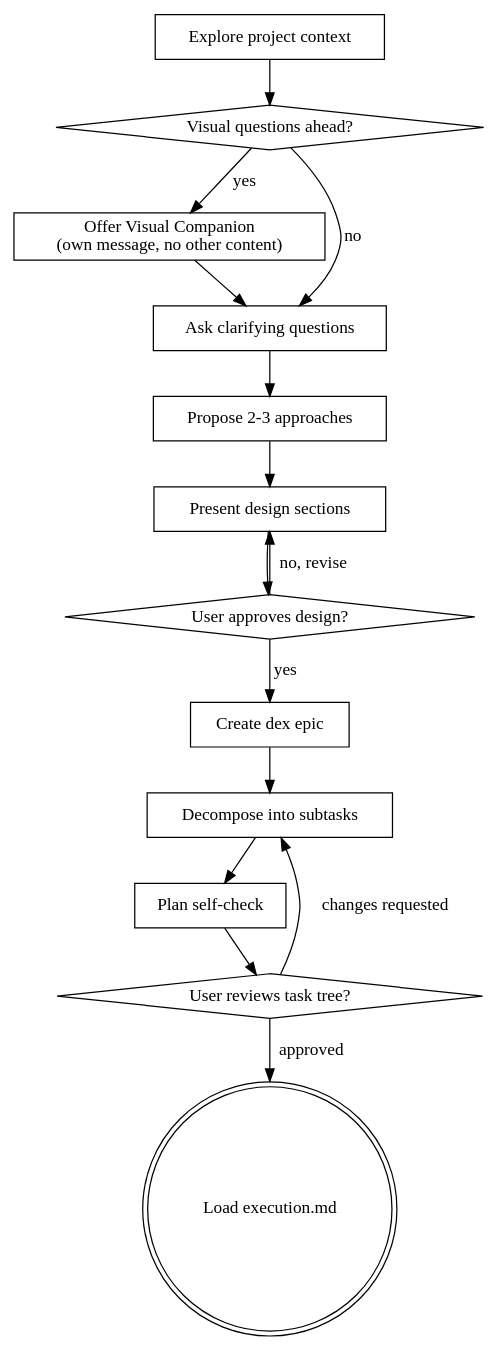
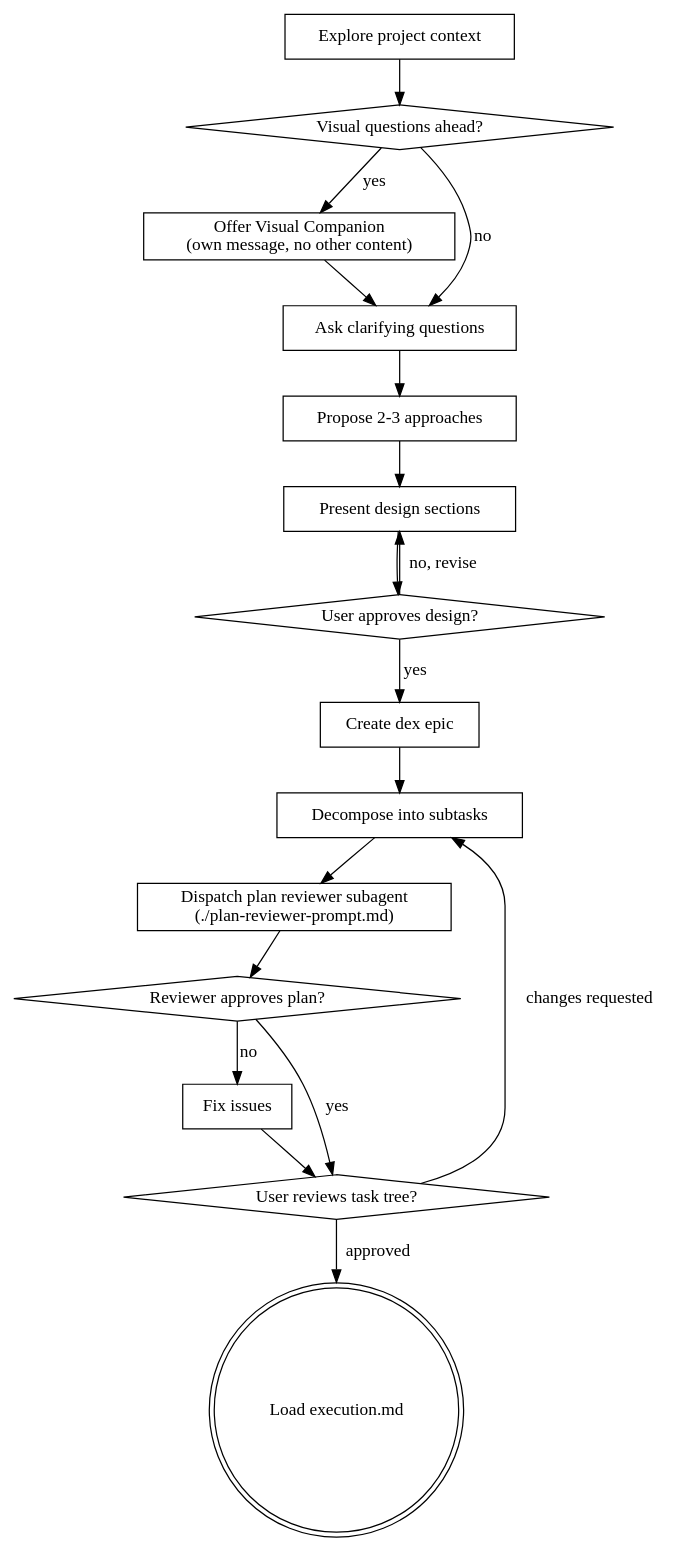
The diagram in dex-superpowers/brainstorming.md (MarcPorciuncula/skills), drawn with Graphviz before and after one commit. The commit also changed other lines of this file and 2 other files, not shown here.

First line of the commit message:
Replace plan self-check with subagent reviewer in dex-superpowers

````diff
--- a/dex-superpowers/brainstorming.md
+++ b/dex-superpowers/brainstorming.md
@@ -32,31 +32,36 @@
 ```dot
 digraph brainstorming {
     "Explore project context" [shape=box];
     "Visual questions ahead?" [shape=diamond];
     "Offer Visual Companion\n(own message, no other content)" [shape=box];
     "Ask clarifying questions" [shape=box];
     "Propose 2-3 approaches" [shape=box];
     "Present design sections" [shape=box];
     "User approves design?" [shape=diamond];
     "Create dex epic" [shape=box];
     "Decompose into subtasks" [shape=box];
-    "Plan self-check" [shape=box];
+    "Dispatch plan reviewer subagent\n(./plan-reviewer-prompt.md)" [shape=box];
+    "Reviewer approves plan?" [shape=diamond];
+    "Fix issues" [shape=box];
     "User reviews task tree?" [shape=diamond];
     "Load execution.md" [shape=doublecircle];
 
     "Explore project context" -> "Visual questions ahead?";
     "Visual questions ahead?" -> "Offer Visual Companion\n(own message, no other content)" [label="yes"];
     "Visual questions ahead?" -> "Ask clarifying questions" [label="no"];
     "Offer Visual Companion\n(own message, no other content)" -> "Ask clarifying questions";
     "Ask clarifying questions" -> "Propose 2-3 approaches";
     "Propose 2-3 approaches" -> "Present design sections";
     "Present design sections" -> "User approves design?";
     "User approves design?" -> "Present design sections" [label="no, revise"];
     "User approves design?" -> "Create dex epic" [label="yes"];
     "Create dex epic" -> "Decompose into subtasks";
-    "Decompose into subtasks" -> "Plan self-check";
-    "Plan self-check" -> "User reviews task tree?";
+    "Decompose into subtasks" -> "Dispatch plan reviewer subagent\n(./plan-reviewer-prompt.md)";
+    "Dispatch plan reviewer subagent\n(./plan-reviewer-prompt.md)" -> "Reviewer approves plan?";
+    "Reviewer approves plan?" -> "Fix issues" [label="no"];
+    "Fix issues" -> "User reviews task tree?";
+    "Reviewer approves plan?" -> "User reviews task tree?" [label="yes"];
     "User reviews task tree?" -> "Decompose into subtasks" [label="changes requested"];
     "User reviews task tree?" -> "Load execution.md" [label="approved"];
 }
 ```
````
